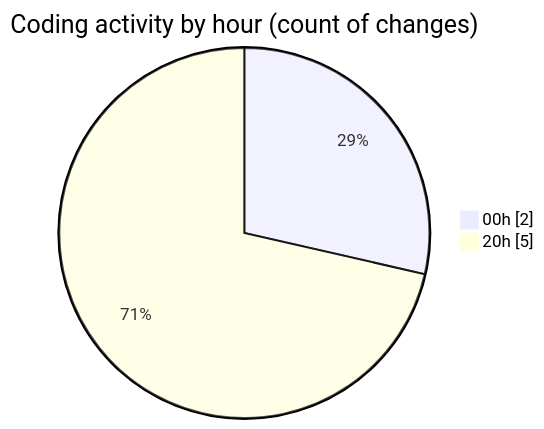
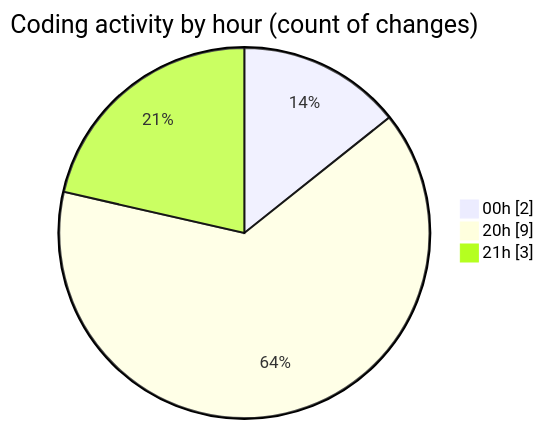
One commit to lephambinh05/code-tracking changed the second of 2 diagrams in 2025-09-11/hiai-phf/README.md. Above: the diagram before and after it, drawn with Mermaid. The commit also changed other lines of this file and 1 other file, not shown here.

````diff
--- a/2025-09-11/hiai-phf/README.md
+++ b/2025-09-11/hiai-phf/README.md
@@ -34,6 +34,7 @@
 ```mermaid
 pie showData
 title Coding activity by hour (count of changes)
 "00h" : 2
-"20h" : 5
+"20h" : 9
+"21h" : 3
 ```
````
